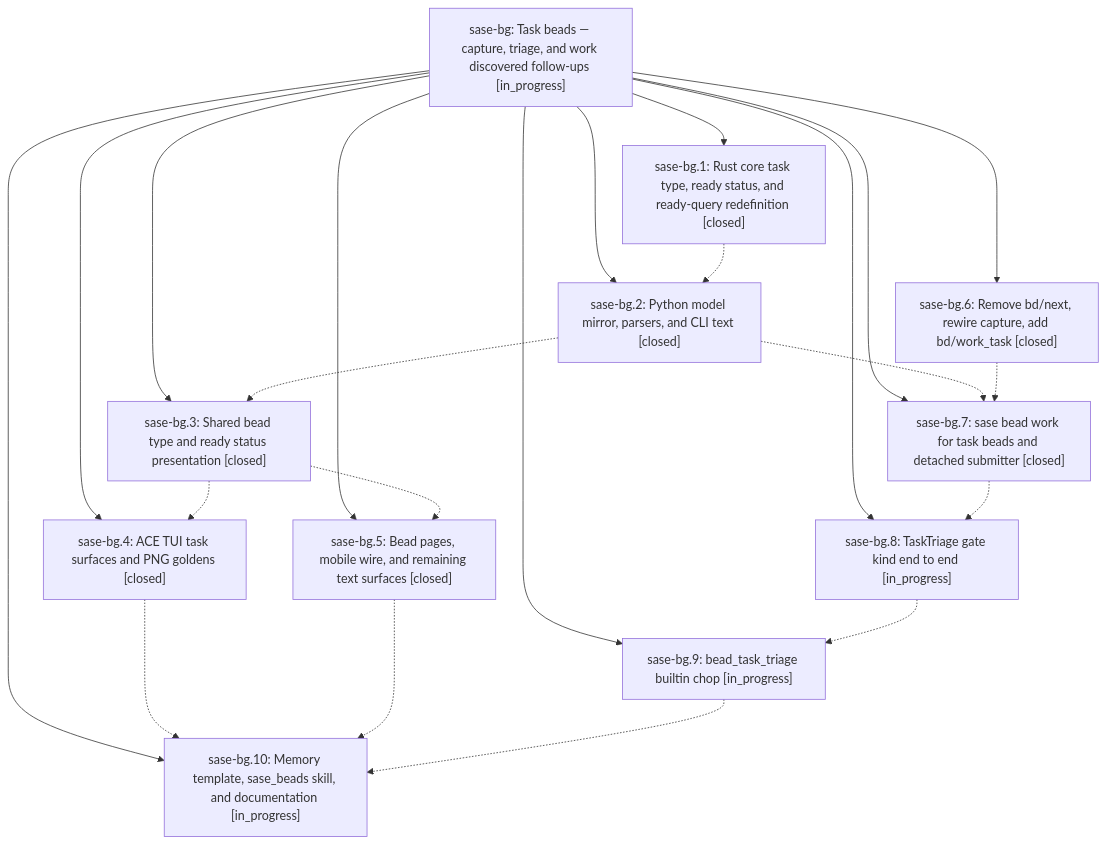
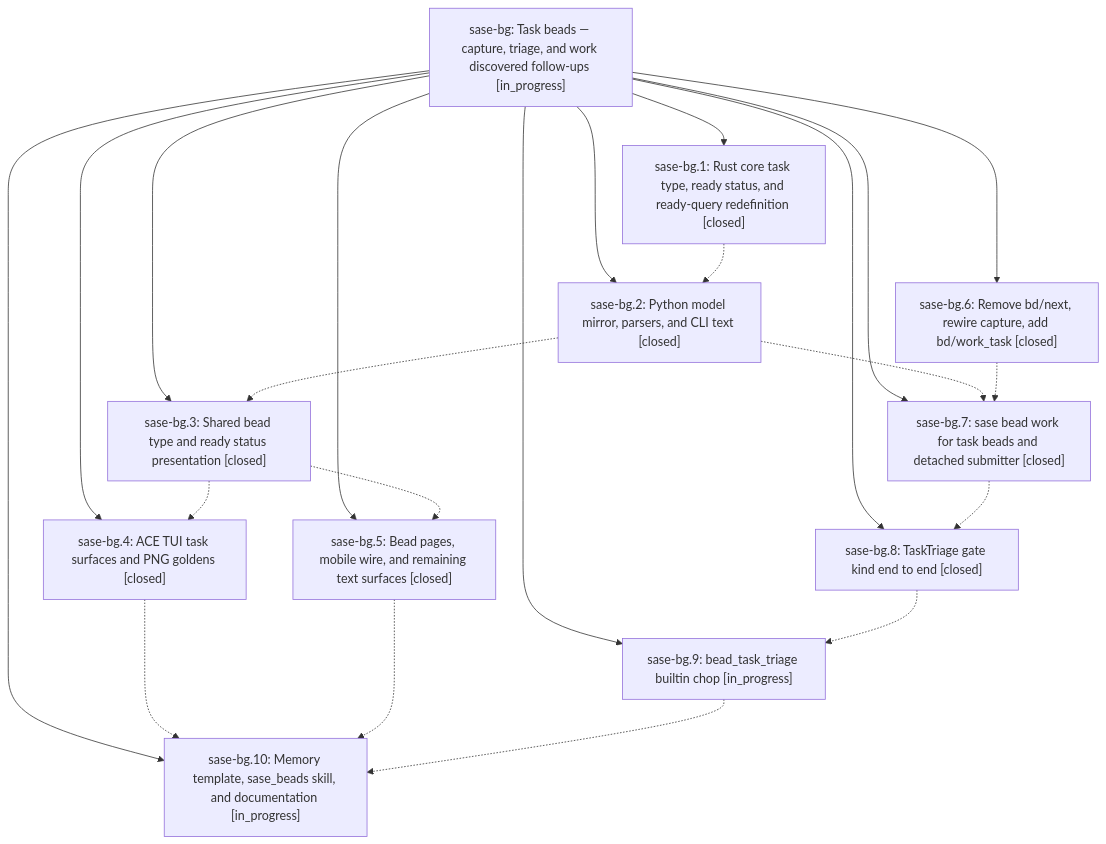
The diagram in pages/sase-bg/README.md (sase-org/sase--beads), drawn with Mermaid before and after one commit. The commit also changed other lines of this file and 3 other files, not shown here.

````diff
--- a/pages/sase-bg/README.md
+++ b/pages/sase-bg/README.md
@@ -31,35 +31,35 @@
 ```mermaid
 flowchart TD
     n0["sase-bg: Task beads — capture, triage, and work discovered follow-ups [in_progress]"]
     n1["sase-bg.1: Rust core task type, ready status, and ready-query redefinition [closed]"]
     n2["sase-bg.10: Memory template, sase_beads skill, and documentation [in_progress]"]
     n3["sase-bg.2: Python model mirror, parsers, and CLI text [closed]"]
     n4["sase-bg.3: Shared bead type and ready status presentation [closed]"]
     n5["sase-bg.4: ACE TUI task surfaces and PNG goldens [closed]"]
     n6["sase-bg.5: Bead pages, mobile wire, and remaining text surfaces [closed]"]
     n7["sase-bg.6: Remove bd/next, rewire capture, add bd/work_task [closed]"]
     n8["sase-bg.7: sase bead work for task beads and detached submitter [closed]"]
-    n9["sase-bg.8: TaskTriage gate kind end to end [in_progress]"]
+    n9["sase-bg.8: TaskTriage gate kind end to end [closed]"]
     n10["sase-bg.9: bead_task_triage builtin chop [in_progress]"]
     n0 --> n1
     n0 --> n2
     n0 --> n3
     n0 --> n4
     n0 --> n5
     n0 --> n6
     n0 --> n7
     n0 --> n8
     n0 --> n9
     n0 --> n10
     n1 -.-> n3
     n3 -.-> n4
     n3 -.-> n8
     n4 -.-> n5
     n4 -.-> n6
     n5 -.-> n2
     n6 -.-> n2
     n7 -.-> n8
     n8 -.-> n9
     n9 -.-> n10
     n10 -.-> n2
 ```
````
